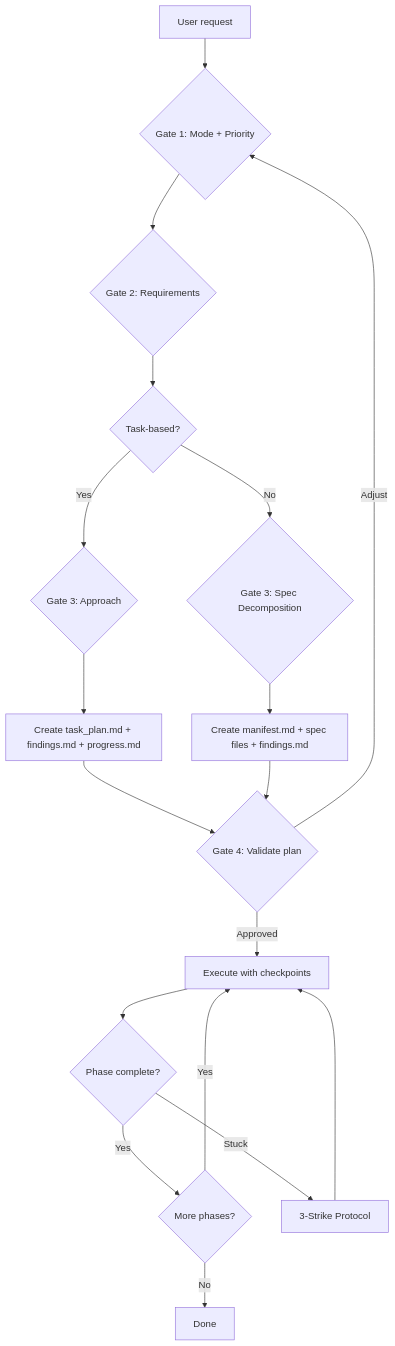
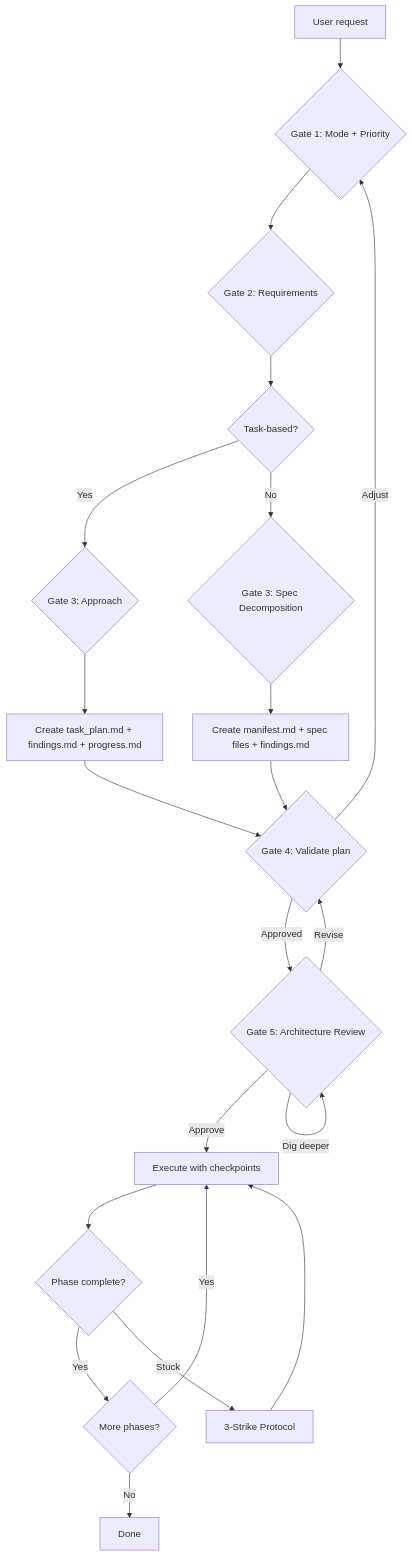
Before and after one commit to shihwesley/interactive-planning: the diagram in README.md, drawn with Mermaid. The commit also changed other lines of this file, not shown here.

First line of the commit message:
Add v4.2.0 section to README — Gate 5 architecture review

````diff
--- a/README.md
+++ b/README.md
@@ -129,20 +149,23 @@
 ```mermaid
 flowchart TD
     A[User request] --> B{Gate 1: Mode + Priority}
     B --> C{Gate 2: Requirements}
     C --> D{Task-based?}
     D -->|Yes| E{Gate 3: Approach}
     D -->|No| F{Gate 3: Spec Decomposition}
     E --> G[Create task_plan.md + findings.md + progress.md]
     F --> H[Create manifest.md + spec files + findings.md]
     G --> I{Gate 4: Validate plan}
     H --> I
-    I -->|Approved| J[Execute with checkpoints]
     I -->|Adjust| B
+    I -->|Approved| P{Gate 5: Architecture Review}
+    P -->|Approve| J[Execute with checkpoints]
+    P -->|Revise| I
+    P -->|Dig deeper| P
     J --> K{Phase complete?}
     K -->|Yes| L{More phases?}
     K -->|Stuck| M[3-Strike Protocol]
     L -->|Yes| J
     L -->|No| N[Done]
     M --> J
 ```
````
